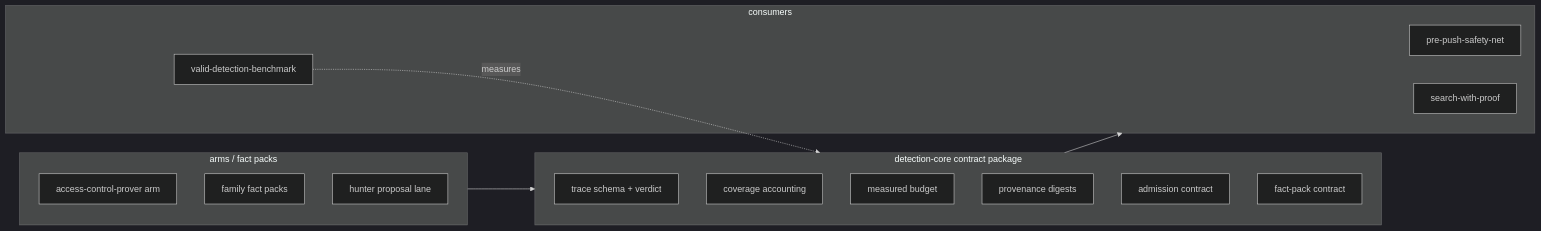
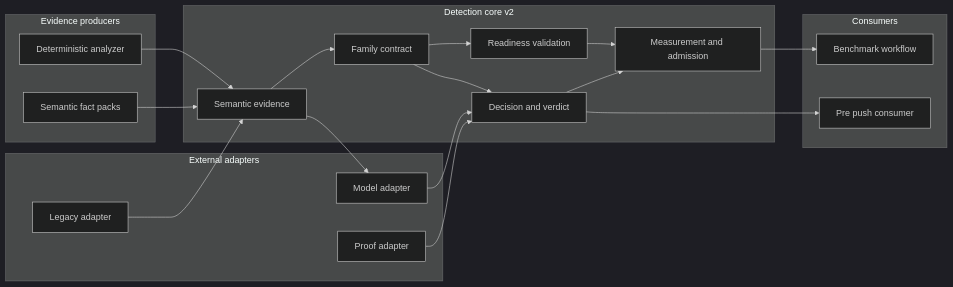
One commit to norandom/OpenUltraSAST changed the first of 5 diagrams in .kiro/specs/detection-core/design.md. Above: the diagram before and after it, drawn with Mermaid (dark theme). The commit also changed other lines of this file and 4 other files, not shown here.

Commit message:
docs(detection-core): approve v2 implementation plan

````diff
--- a/.kiro/specs/detection-core/design.md
+++ b/.kiro/specs/detection-core/design.md
@@ -75,24 +129,37 @@
 ```mermaid
 flowchart LR
-  subgraph CORE[detection-core contract package]
-    T[trace schema + verdict]
-    C[coverage accounting]
-    B[measured budget]
-    P[provenance digests]
-    A[admission contract]
-    F[fact-pack contract]
-  end
-  subgraph ARMS[arms / fact packs]
-    PR[access-control-prover arm]
-    FP[family fact packs]
-    HU[hunter proposal lane]
-  end
-  subgraph CONSUMERS[consumers]
-    PP[pre-push-safety-net]
-    PR2[search-with-proof]
-    BM[valid-detection-benchmark]
-  end
-  ARMS --> CORE
-  CORE --> CONSUMERS
-  BM -. measures .-> CORE
+    subgraph Producers[Evidence producers]
+        Analyzer[Deterministic analyzer]
+        Packs[Semantic fact packs]
+    end
+    subgraph Core[Detection core v2]
+        Semantics[Semantic evidence]
+        Family[Family contract]
+        Readiness[Readiness validation]
+        Decision[Decision and verdict]
+        Admission[Measurement and admission]
+    end
+    subgraph Adapters[External adapters]
+        ModelAdapter[Model adapter]
+        ProofAdapter[Proof adapter]
+        LegacyAdapter[Legacy adapter]
+    end
+    subgraph Consumers[Consumers]
+        Benchmark[Benchmark workflow]
+        Push[Pre push consumer]
+    end
+
+    Analyzer --> Semantics
+    Packs --> Semantics
+    Semantics --> Family
+    Family --> Readiness
+    Family --> Decision
+    Readiness --> Admission
+    Decision --> Admission
+    Semantics --> ModelAdapter
+    ModelAdapter --> Decision
+    ProofAdapter --> Decision
+    LegacyAdapter --> Semantics
+    Admission --> Benchmark
+    Decision --> Push
 ```
````
